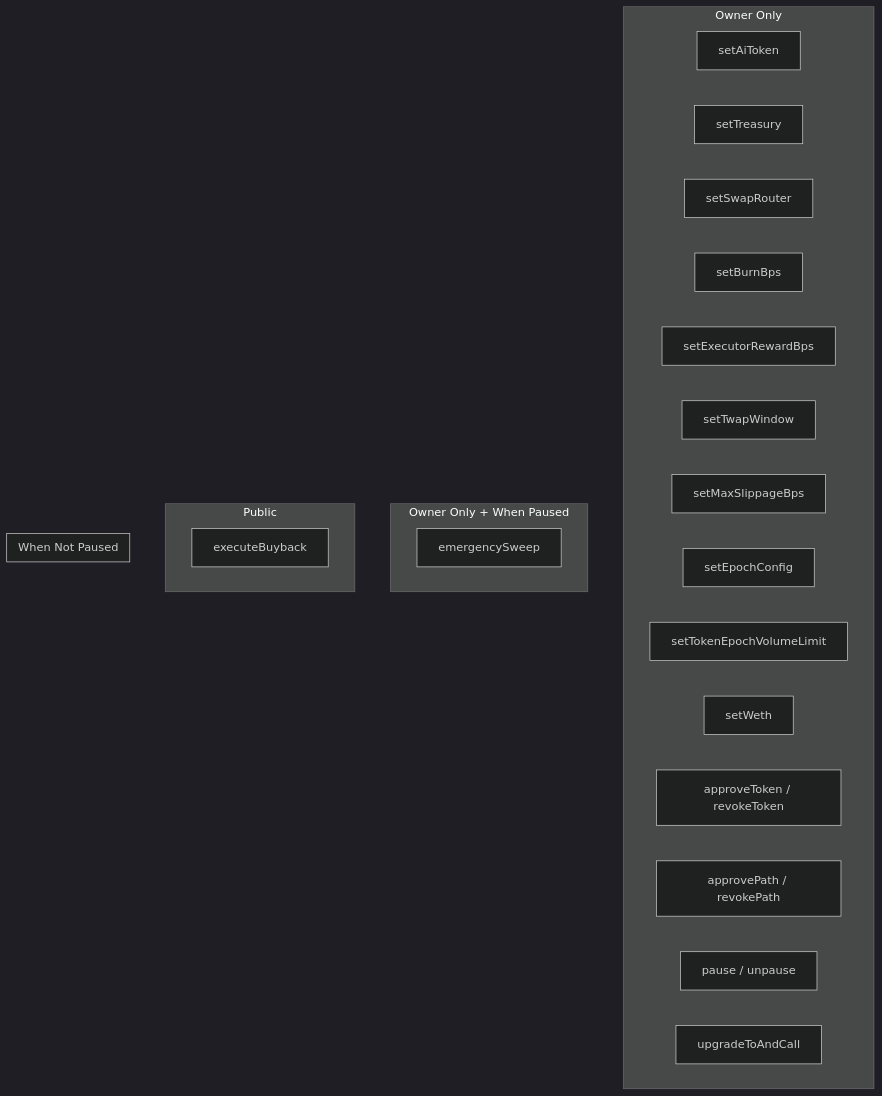
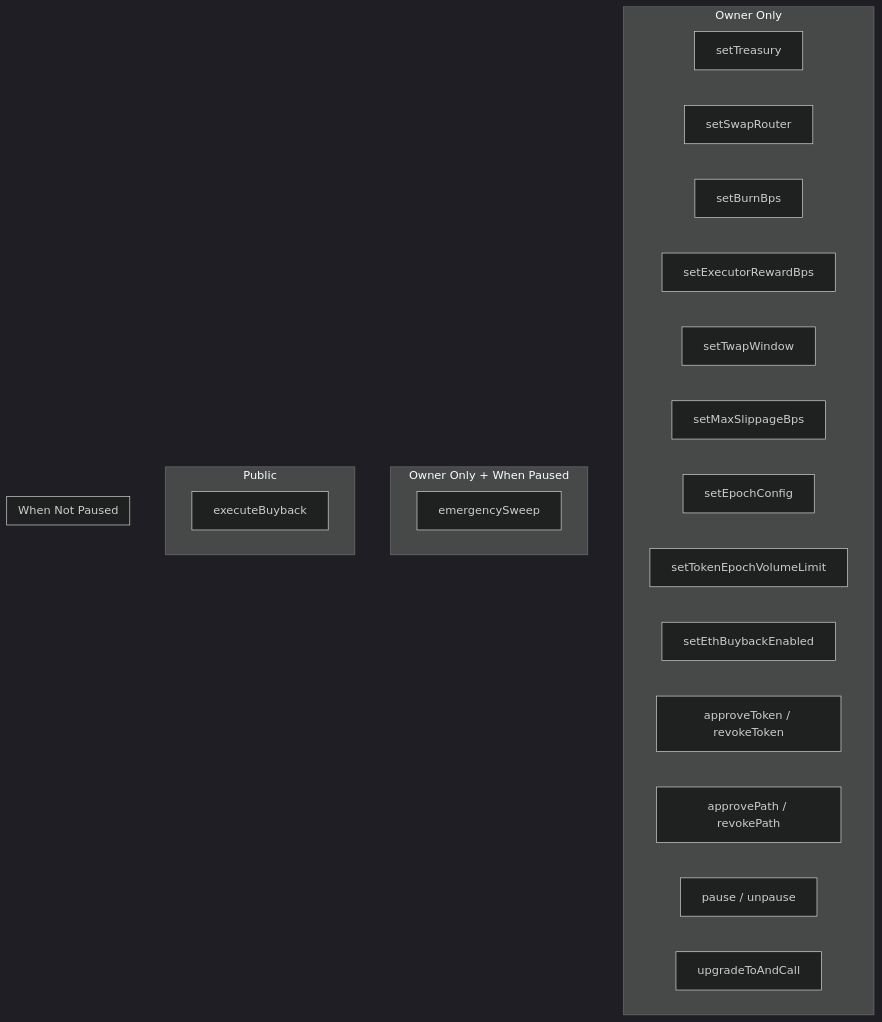
The fifth of 6 diagrams in docs/DESIGN.md (gensyn-network/gensyn-buyback), drawn with Mermaid (dark theme) before and after one commit. The commit also changed other lines of this file and 3 other files, not shown here.

First line of the commit message:
docs: update documentation to reflect AI token burn function and ETH buyback toggle

````diff
--- a/docs/DESIGN.md
+++ b/docs/DESIGN.md
@@ -150,31 +155,30 @@
 ```mermaid
 graph TD
     subgraph Owner Only
-        A[setAiToken]
-        B[setTreasury]
-        C[setSwapRouter]
-        D[setBurnBps]
-        E[setExecutorRewardBps]
-        F[setTwapWindow]
-        G[setMaxSlippageBps]
-        H[setEpochConfig]
-        I[setTokenEpochVolumeLimit]
-        J[setWeth]
-        K[approveToken / revokeToken]
+        A[setTreasury]
+        B[setSwapRouter]
+        C[setBurnBps]
+        D[setExecutorRewardBps]
+        E[setTwapWindow]
+        F[setMaxSlippageBps]
+        G[setEpochConfig]
+        H[setTokenEpochVolumeLimit]
+        I[setEthBuybackEnabled]
+        J[approveToken / revokeToken]
         L[approvePath / revokePath]
         M[pause / unpause]
         O[upgradeToAndCall]
     end
 
     subgraph Owner Only + When Paused
         N[emergencySweep]
     end
 
     subgraph Public
         R[executeBuyback]
     end
 
     subgraph When Not Paused
         R
     end
 ```
````
